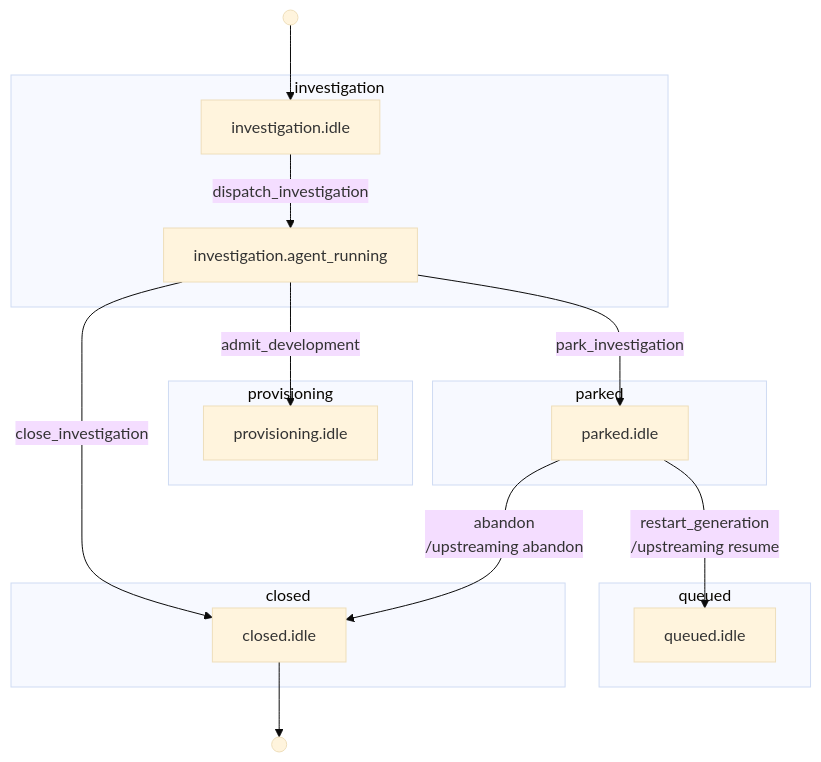
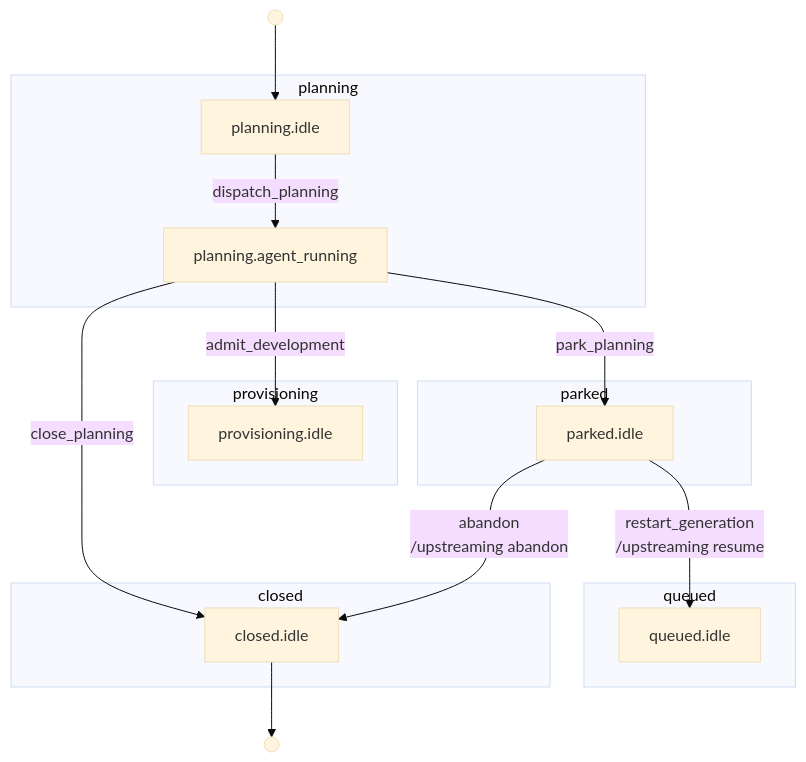
Before and after one commit to riseproject-dev/porting-agent: the second of 30 diagrams in docs/state-machine/index.md, drawn with Mermaid (base theme). The commit also changed other lines of this file and 132 other files, not shown here.

First line of the commit message:
Rename the dossier to the plan and the investigation to planning

````diff
--- a/docs/state-machine/index.md
+++ b/docs/state-machine/index.md
@@ -163,28 +163,28 @@
 ```mermaid
 flowchart TB
-    subgraph investigation["investigation"]
-        investigation_idle["investigation.idle"]
-        investigation_agent_running["investigation.agent_running"]
+    subgraph planning["planning"]
+        planning_idle["planning.idle"]
+        planning_agent_running["planning.agent_running"]
     end
     subgraph provisioning["provisioning"]
         provisioning_idle["provisioning.idle"]
     end
     subgraph parked["parked"]
         parked_idle["parked.idle"]
     end
     subgraph queued["queued"]
         queued_idle["queued.idle"]
     end
     subgraph closed["closed"]
         closed_idle["closed.idle"]
     end
 
-    start_1(( )) --> investigation_idle
-    investigation_idle -->|dispatch_investigation| investigation_agent_running
-    investigation_agent_running -->|admit_development| provisioning_idle
-    investigation_agent_running -->|park_investigation| parked_idle
-    investigation_agent_running -->|close_investigation| closed_idle
+    start_1(( )) --> planning_idle
+    planning_idle -->|dispatch_planning| planning_agent_running
+    planning_agent_running -->|admit_development| provisioning_idle
+    planning_agent_running -->|park_planning| parked_idle
+    planning_agent_running -->|close_planning| closed_idle
     parked_idle -->|restart_generation<br/>/upstreaming resume| queued_idle
     parked_idle -->|abandon<br/>/upstreaming abandon| closed_idle
     closed_idle --> end_2(( ))
 ```
````
